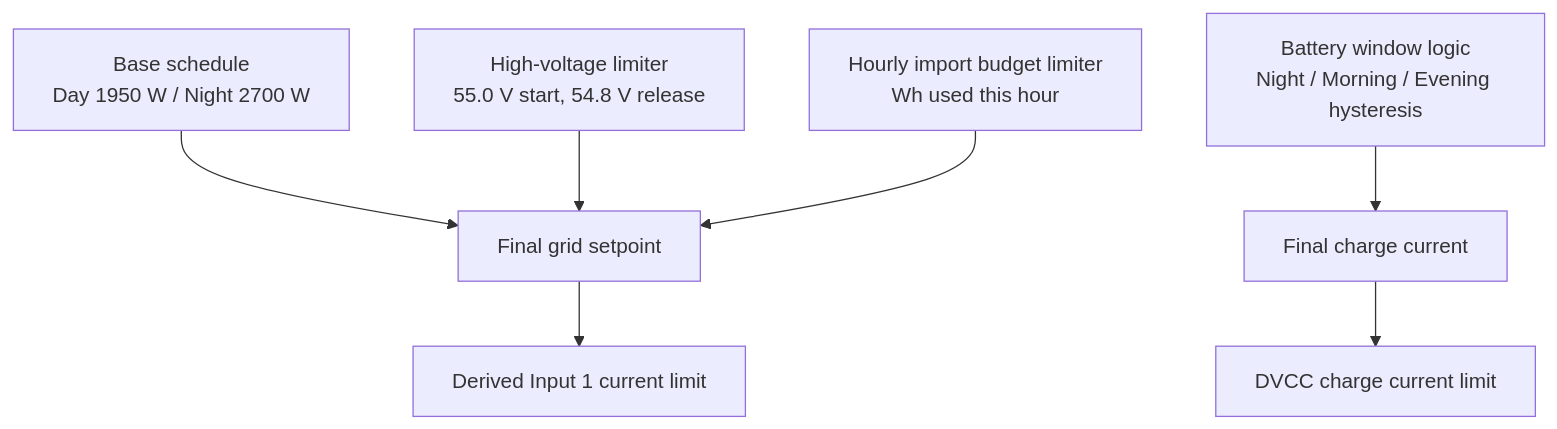
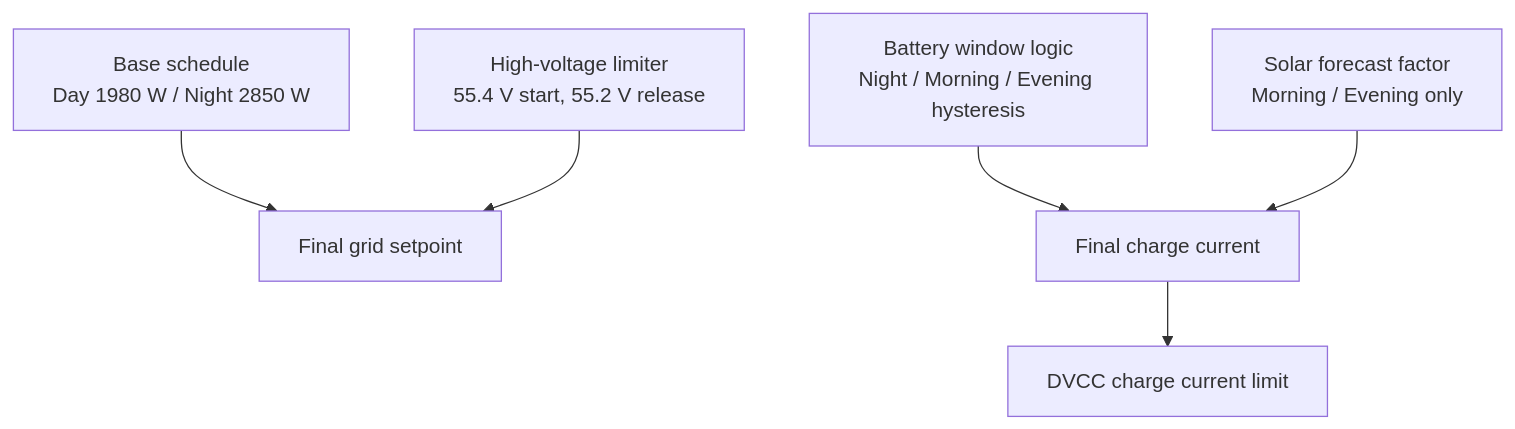
The second of 3 diagrams in README.md (vzakusylo/victron), drawn with Mermaid before and after one commit. The commit also changed other lines of this file and 2 other files, not shown here.

Commit message:
d#5 update day setpoint and amps

````diff
--- a/README.md
+++ b/README.md
@@ -90,9 +97,8 @@
 ```mermaid
 flowchart TD
-    A[Base schedule<br/>Day 1950 W / Night 2700 W] --> E[Final grid setpoint]
+  A[Base schedule<br/>Day 1980 W / Night 2850 W] --> E[Final grid setpoint]
     B[Battery window logic<br/>Night / Morning / Evening hysteresis] --> F[Final charge current]
-    C[High-voltage limiter<br/>55.0 V start, 54.8 V release] --> E
-    D[Hourly import budget limiter<br/>Wh used this hour] --> E
-    E --> G[Derived Input 1 current limit]
+  C[Solar forecast factor<br/>Morning / Evening only] --> F
+  D[High-voltage limiter<br/>55.4 V start, 55.2 V release] --> E
     F --> H[DVCC charge current limit]
 ```
````
